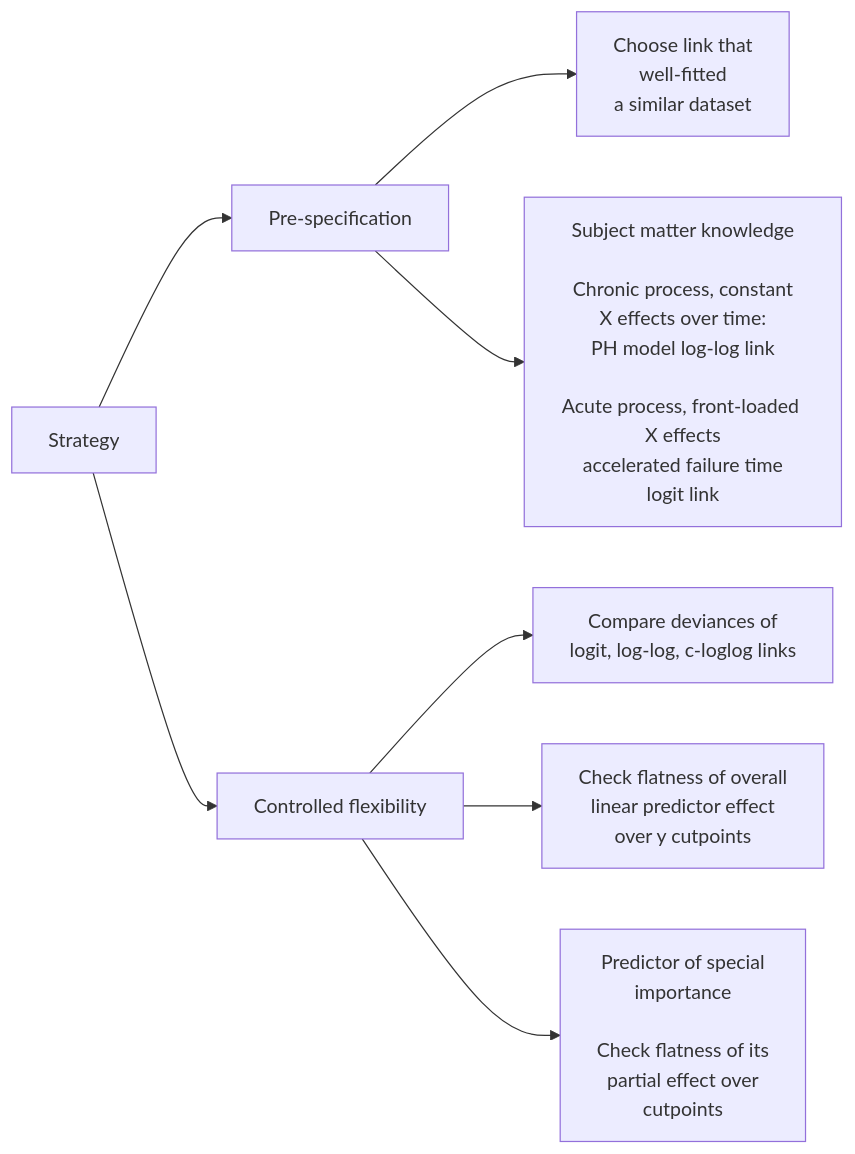
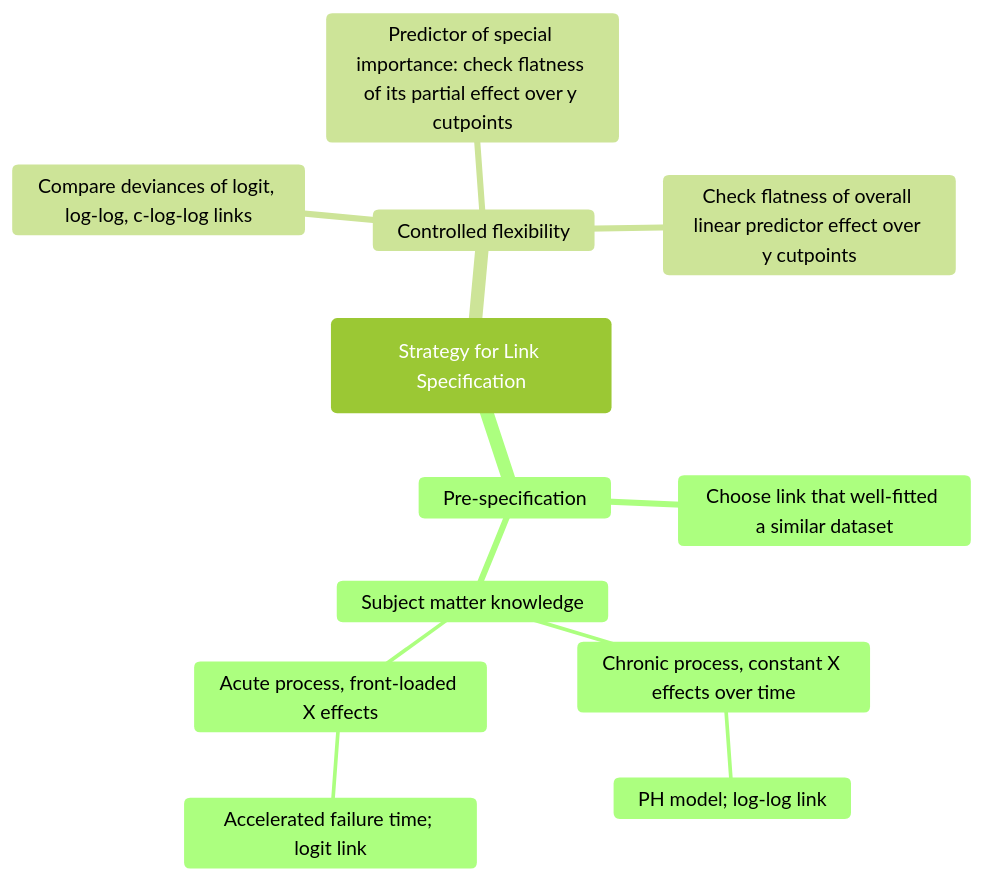
Before and after one commit to harrelfe/rmsc: the fourth of 4 diagrams in ordsurv.qmd, drawn with Mermaid. The commit also changed other lines of this file and 18 other files, not shown here.

````diff
--- a/ordsurv.qmd
+++ b/ordsurv.qmd
@@ -261,11 +372,16 @@
 ```{mermaid}
-flowchart LR
-S[Strategy]
-S --> PS[Pre-specification]
-S --> CF[Controlled flexibility]
-PS --> LP[Choose link that<br>well-fitted<br>a similar dataset]
-PS --> SM[Subject matter knowledge<br><br>Chronic process, constant<br>X effects over time:<br>PH model log-log link<br><br>Acute process, front-loaded X effects<br>accelerated failure time<br>logit link]
-CF --> DEV[Compare deviances of<br>logit, log-log, c-loglog links]
-CF --> CUT[Check flatness of overall<br>linear predictor effect<br>over y cutpoints]
-CF --> SX[Predictor of special<br>importance<br><br>Check flatness of its<br>partial effect over<br>cutpoints]
+%%{init: {'theme':'forest'}}%%
+mindmap
+  root(Strategy for Link Specification)
+    Pre-specification
+      Choose link that well-fitted a similar dataset
+      Subject matter knowledge
+        Chronic process, constant X effects over time
+          PH model; log-log link
+        Acute process, front-loaded X effects
+          Accelerated failure time; logit link
+    Controlled flexibility
+      Compare deviances of logit, log-log, c-log-log links
+      Check flatness of overall linear predictor effect over y cutpoints
+      Predictor of special importance: check flatness of its partial effect over y cutpoints
 ```
````
